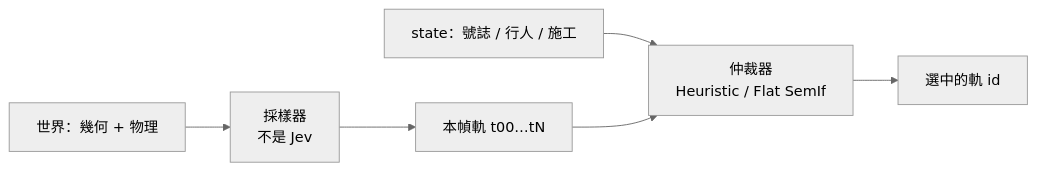
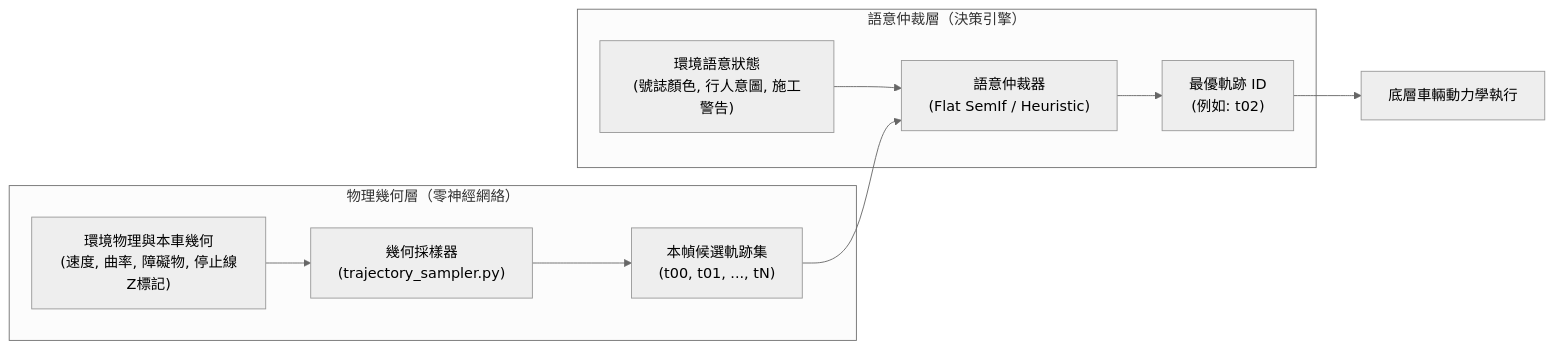
Before and after one commit to EndeavorYen/SemArbiter: the first of 2 diagrams in docs/tutorials/09_dynamic_candidates_and_arbitration.md, drawn with Mermaid (neutral theme). The commit also changed other lines of this file and 2 other files, not shown here.

````diff
--- a/docs/tutorials/09_dynamic_candidates_and_arbitration.md
+++ b/docs/tutorials/09_dynamic_candidates_and_arbitration.md
@@ -27,8 +39,15 @@
 ```mermaid
 flowchart LR
-    World["世界：幾何 + 物理"] --> Sampler["採樣器<br/>不是 Jev"]
-    Sampler --> Cands["本幀軌 t00…tN"]
-    State["state：號誌 / 行人 / 施工"] --> Arbiter
-    Cands --> Arbiter["仲裁器<br/>Heuristic / Flat SemIf"]
-    Arbiter --> Pick["選中的軌 id"]
+    subgraph Physics["物理幾何層（零神經網絡）"]
+        World["環境物理與本車幾何<br/>(速度, 曲率, 障礙物, 停止線Z標記)"] --> Sampler["幾何採樣器<br/>(trajectory_sampler.py)"]
+        Sampler --> Cands["本幀候選軌跡集<br/>(t00, t01, ..., tN)"]
+    end
+
+    subgraph Semantics["語意仲裁層（決策引擎）"]
+        State["環境語意狀態<br/>(號誌顏色, 行人意圖, 施工警告)"] --> Arbiter["語意仲裁器<br/>(Flat SemIf / Heuristic)"]
+        Cands --> Arbiter
+        Arbiter --> Pick["最優軌跡 ID<br/>(例如: t02)"]
+    end
+
+    Pick --> Control["底層車輛動力學執行"]
 ```
````
